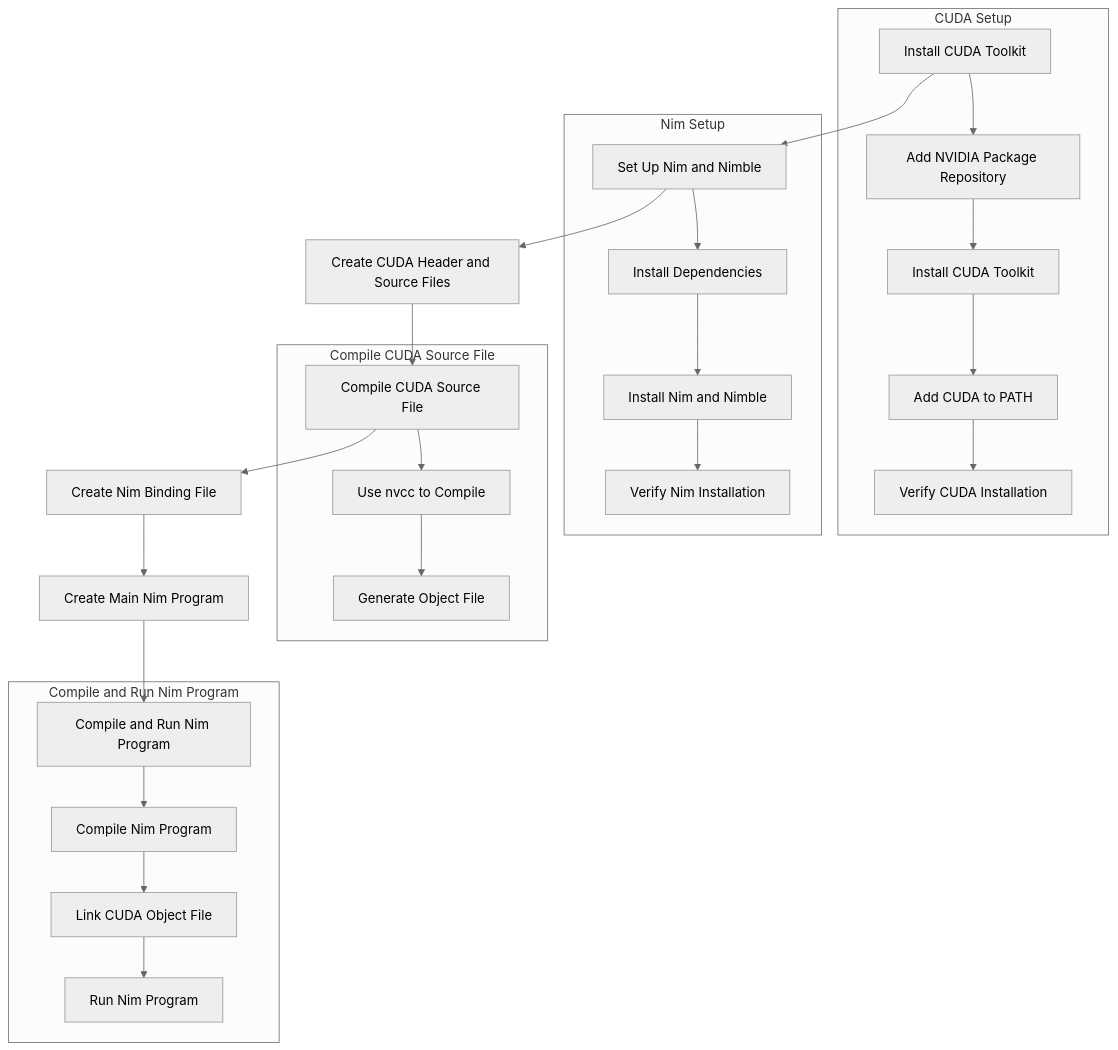
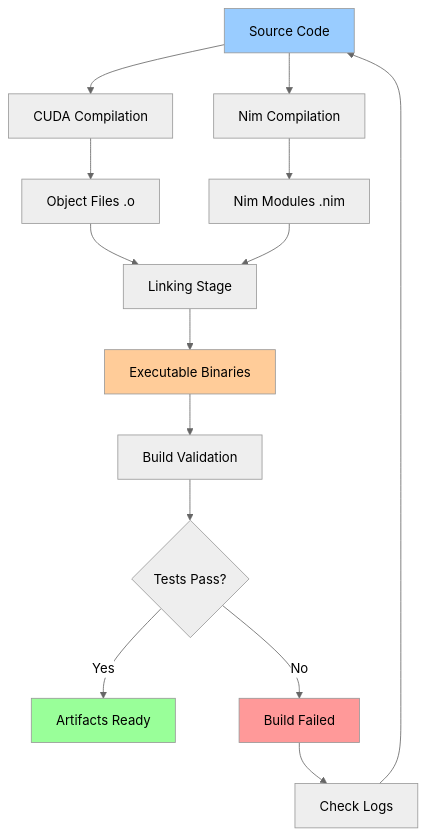
The third of 7 diagrams in README.md (danindiana/gpt_Nim), drawn with Mermaid (neutral theme) before and after one commit. The commit also changed other lines of this file and 1 other file, not shown here.

````diff
--- a/README.md
+++ b/README.md
@@ -221,33 +259,21 @@
 ```mermaid
 graph TD
-    A[Install CUDA Toolkit] --> B[Set Up Nim and Nimble]
-    B --> C[Create CUDA Header and Source Files]
-    C --> D[Compile CUDA Source File]
-    D --> E[Create Nim Binding File]
-    E --> F[Create Main Nim Program]
-    F --> G[Compile and Run Nim Program]
+    A[Source Code] --> B[CUDA Compilation]
+    A --> C[Nim Compilation]
+    B --> D[Object Files .o]
+    C --> E[Nim Modules .nim]
+    D --> F[Linking Stage]
+    E --> F
+    F --> G[Executable Binaries]
+    G --> H[Build Validation]
+    H --> I{Tests Pass?}
+    I -->|Yes| J[Artifacts Ready]
+    I -->|No| K[Build Failed]
+    K --> L[Check Logs]
+    L --> A
 
-    subgraph "CUDA Setup"
-        A --> AA[Add NVIDIA Package Repository]
-        AA --> AB[Install CUDA Toolkit]
-        AB --> AC[Add CUDA to PATH]
-        AC --> AD[Verify CUDA Installation]
-    end
-
-    subgraph "Nim Setup"
-        B --> BA[Install Dependencies]
-        BA --> BB[Install Nim and Nimble]
-        BB --> BC[Verify Nim Installation]
-    end
-
-    subgraph "Compile CUDA Source File"
-        D --> DA[Use nvcc to Compile]
-        DA --> DB[Generate Object File]
-    end
-
-    subgraph "Compile and Run Nim Program"
-        G --> GA[Compile Nim Program]
-        GA --> GB[Link CUDA Object File]
-        GB --> GC[Run Nim Program]
-    end
+    style A fill:#99ccff
+    style G fill:#ffcc99
+    style J fill:#99ff99
+    style K fill:#ff9999
 ```
````
